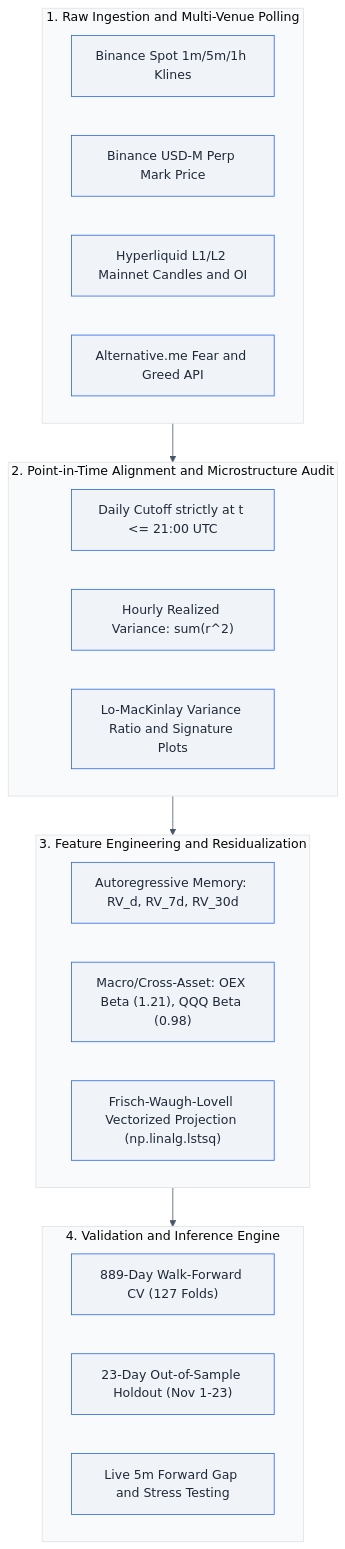
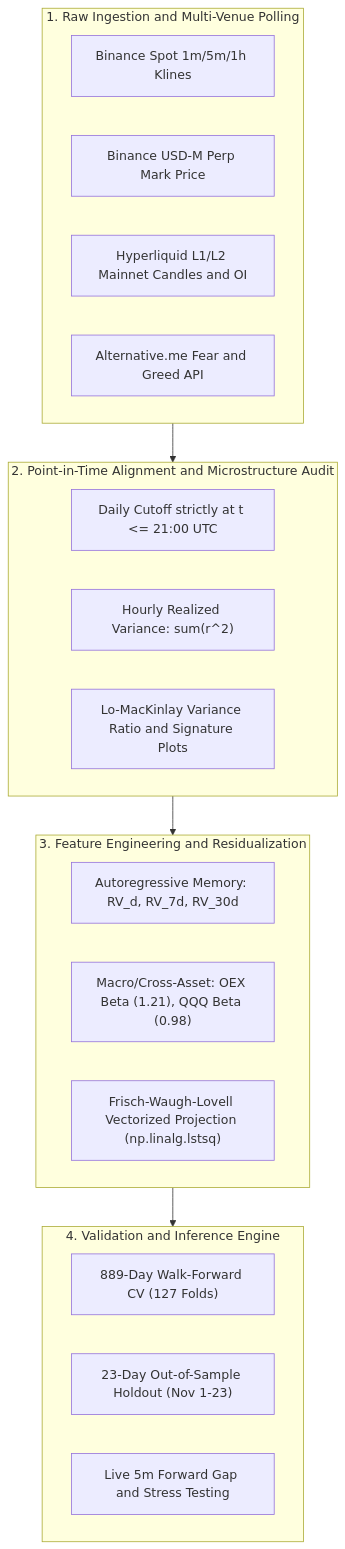
The diagram in docs/01_methodology_and_techniques.md (Dilipsahu01/hyperliquid_sentiment_analysis), drawn with Mermaid before and after one commit. The commit also changed 4 other files, not shown here.

Commit message:
fix(docs): standardize Mermaid diagrams for universal GitHub rendering

````diff
--- a/docs/01_methodology_and_techniques.md
+++ b/docs/01_methodology_and_techniques.md
@@ -10,30 +10,31 @@
 ```mermaid
-%%{init: {'theme': 'base', 'themeVariables': { 'background': '#ffffff', 'primaryColor': '#f0f4f8', 'primaryTextColor': '#1f2937', 'primaryBorderColor': '#2563eb', 'lineColor': '#475569', 'secondaryColor': '#e2e8f0', 'tertiaryColor': '#f8fafc'}}}%%
 flowchart TD
     subgraph S1["1. Raw Ingestion and Multi-Venue Polling"]
-        A1["Binance Spot 1m/5m/1h Klines"] 
+        A1["Binance Spot 1m/5m/1h Klines"]
         A2["Binance USD-M Perp Mark Price"]
         A3["Hyperliquid L1/L2 Mainnet Candles and OI"]
         A4["Alternative.me Fear and Greed API"]
     end
 
     subgraph S2["2. Point-in-Time Alignment and Microstructure Audit"]
         B1["Daily Cutoff strictly at t <= 21:00 UTC"]
         B2["Hourly Realized Variance: sum(r^2)"]
         B3["Lo-MacKinlay Variance Ratio and Signature Plots"]
     end
 
     subgraph S3["3. Feature Engineering and Residualization"]
         C1["Autoregressive Memory: RV_d, RV_7d, RV_30d"]
         C2["Macro/Cross-Asset: OEX Beta (1.21), QQQ Beta (0.98)"]
         C3["Frisch-Waugh-Lovell Vectorized Projection (np.linalg.lstsq)"]
     end
 
     subgraph S4["4. Validation and Inference Engine"]
         D1["889-Day Walk-Forward CV (127 Folds)"]
         D2["23-Day Out-of-Sample Holdout (Nov 1-23)"]
         D3["Live 5m Forward Gap and Stress Testing"]
     end
 
-    S1 --> S2 --> S3 --> S4
+    S1 --> S2
+    S2 --> S3
+    S3 --> S4
 ```
````
